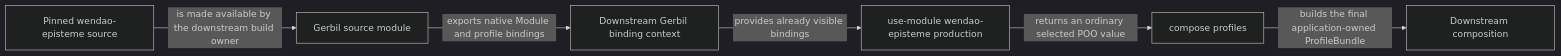
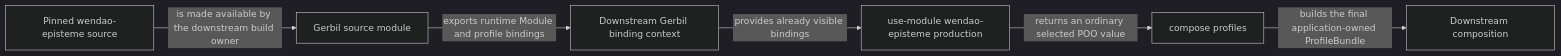
One commit to tao3k/gebril-yuanxu changed the second of 2 diagrams in module-system/design/45-120-14-git-source-gerbil-package-binding-and-poo-import-closure.org. Above: the diagram before and after it, drawn with Mermaid (dark theme). The commit also changed other lines of this file and 1469 other files, not shown here.

First line of the commit message:
refactor: consolidate module runtime and build interfaces

```diff
--- a/module-system/design/45-120-14-git-source-gerbil-package-binding-and-poo-import-closure.org
+++ b/module-system/design/45-120-14-git-source-gerbil-package-binding-and-poo-import-closure.org
@@ -145,8 +145,8 @@
 #+begin_src mermaid
 flowchart LR
   S["Pinned wendao-episteme source"] -->|"is made available by the downstream build owner"| G["Gerbil source module"]
-  G -->|"exports native Module and profile bindings"| B["Downstream Gerbil binding context"]
+  G -->|"exports runtime Module and profile bindings"| B["Downstream Gerbil binding context"]
   B -->|"provides already visible bindings"| U["use-module wendao-episteme production"]
   U -->|"returns an ordinary selected POO value"| C["compose profiles"]
   C -->|"builds the final application-owned ProfileBundle"| A["Downstream composition"]
 #+end_src
```
